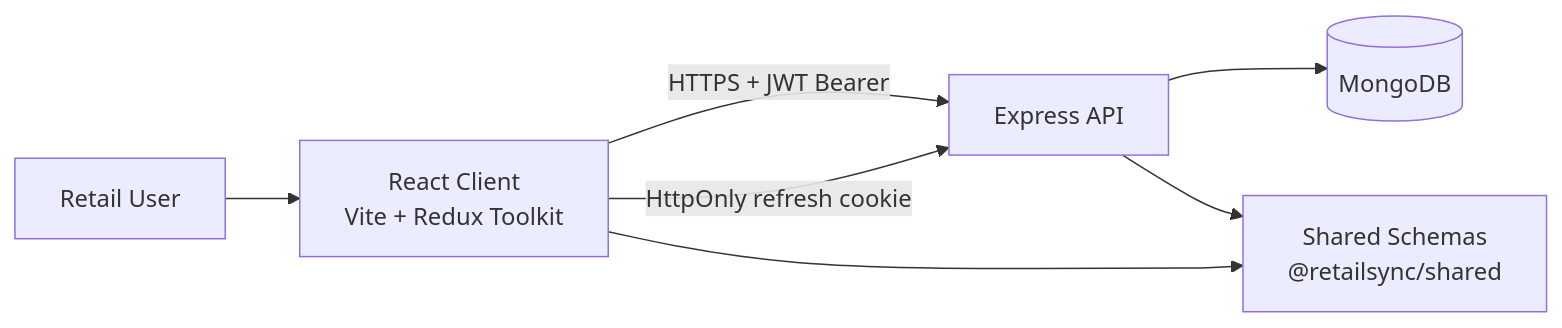
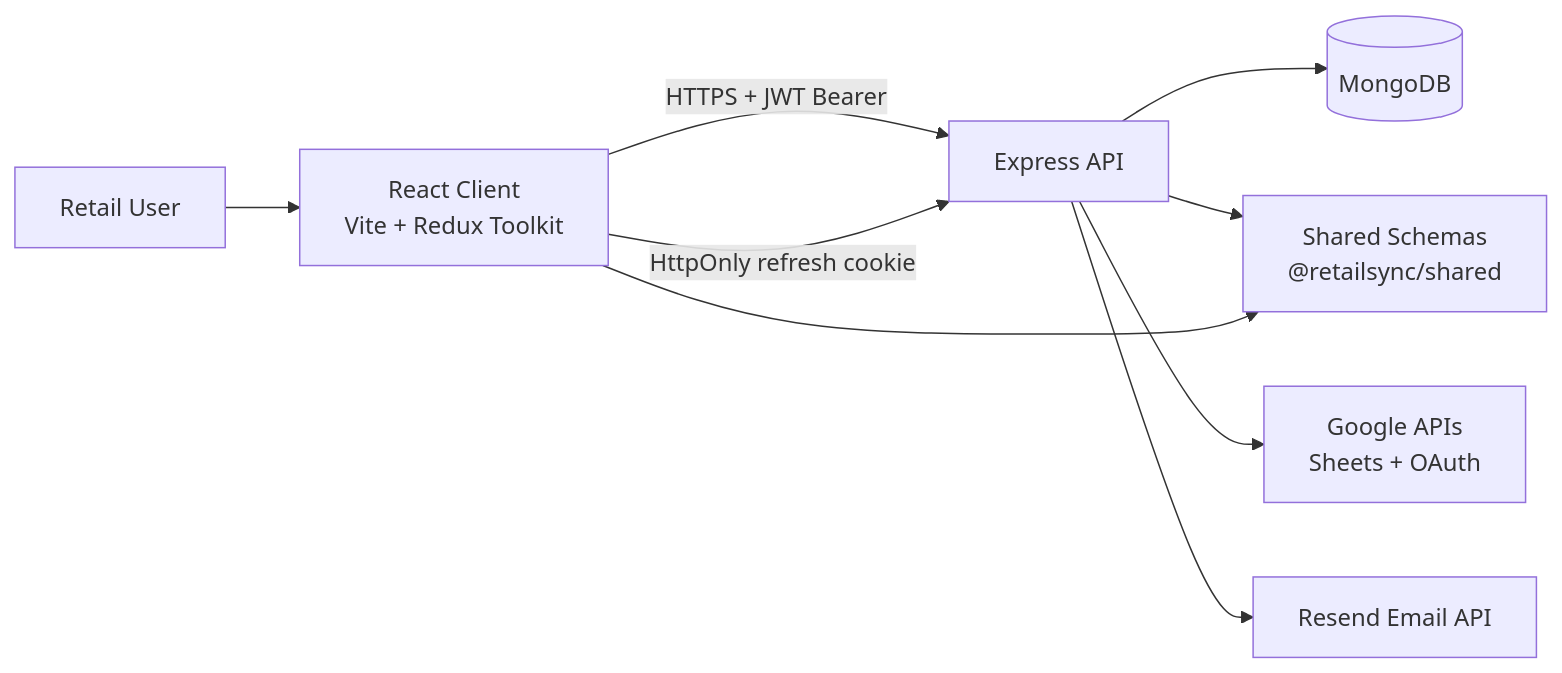
Before and after one commit to comp596-spring-2026/RetailSync: the first of 3 diagrams in docs/architecture/system-overview.md, drawn with Mermaid. The commit also changed other lines of this file and 7 other files, not shown here.

````diff
--- a/docs/architecture/system-overview.md
+++ b/docs/architecture/system-overview.md
@@ -9,9 +9,11 @@
 ```mermaid
 flowchart LR
-  User[Retail User] --> Client[React Client\nVite + Redux Toolkit]
-  Client -->|HTTPS + JWT Bearer| API[Express API]
-  Client -->|HttpOnly refresh cookie| API
-  API --> Mongo[(MongoDB)]
-  API --> Shared[Shared Schemas\n@retailsync/shared]
+  User["Retail User"] --> Client["React Client\nVite + Redux Toolkit"]
+  Client -->|"HTTPS + JWT Bearer"| API["Express API"]
+  Client -->|"HttpOnly refresh cookie"| API
+  API --> Mongo[("MongoDB")]
+  API --> Shared["Shared Schemas\n@retailsync/shared"]
+  API --> Google["Google APIs\nSheets + OAuth"]
+  API --> Resend["Resend Email API"]
   Client --> Shared
 ```
````
